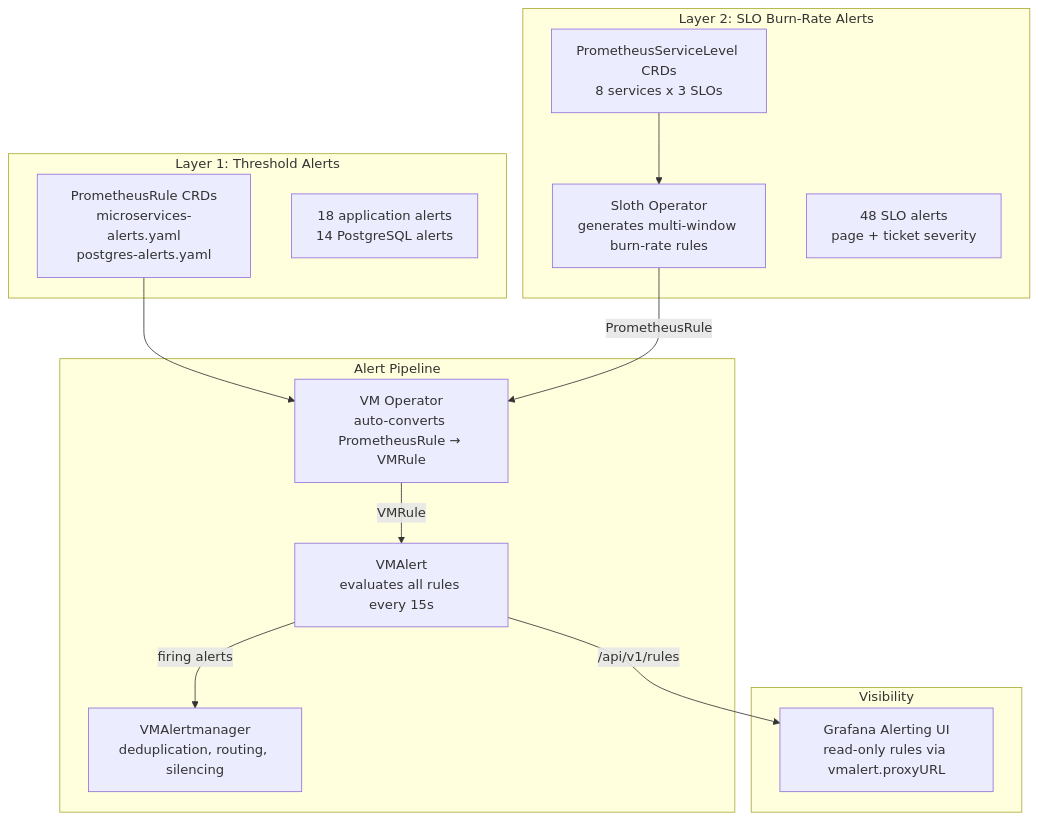
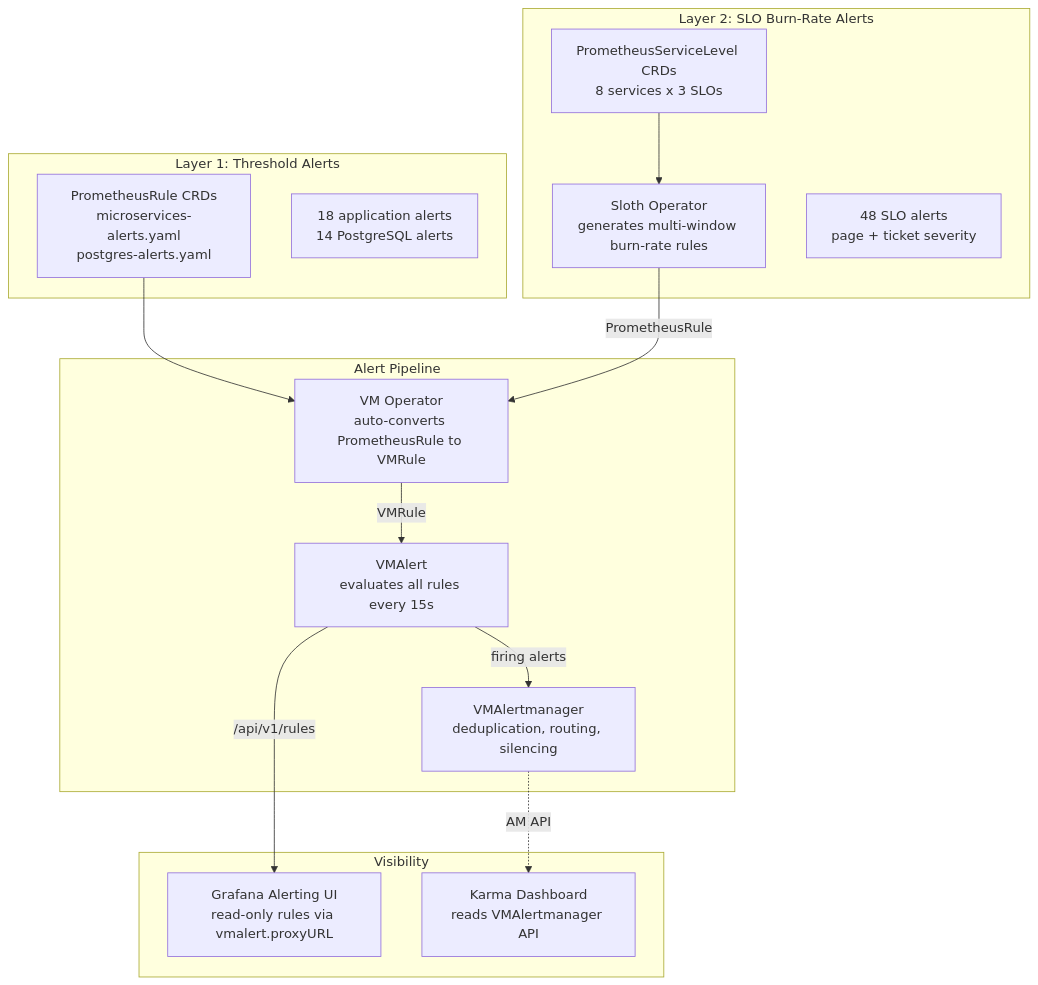
Before and after one commit to duynhlab/homelab: the second of 3 diagrams in docs/observability/alerting/README.md, drawn with Mermaid. The commit also changed other lines of this file and 12 other files, not shown here.

````diff
--- a/docs/observability/alerting/README.md
+++ b/docs/observability/alerting/README.md
@@ -7,30 +80,32 @@
 ```mermaid
 flowchart TD
-    subgraph layer1 [Layer 1: Threshold Alerts]
+    subgraph layer1 ["Layer 1: Threshold Alerts"]
         PR1["PrometheusRule CRDs<br/>microservices-alerts.yaml<br/>postgres-alerts.yaml"]
         T1["18 application alerts<br/>14 PostgreSQL alerts"]
     end
 
-    subgraph layer2 [Layer 2: SLO Burn-Rate Alerts]
+    subgraph layer2 ["Layer 2: SLO Burn-Rate Alerts"]
         PSL["PrometheusServiceLevel CRDs<br/>8 services x 3 SLOs"]
         Sloth["Sloth Operator<br/>generates multi-window burn-rate rules"]
         T2["48 SLO alerts<br/>page + ticket severity"]
     end
 
-    subgraph pipeline [Alert Pipeline]
-        VMOp["VM Operator<br/>auto-converts PrometheusRule → VMRule"]
+    subgraph pipeline ["Alert Pipeline"]
+        VMOp["VM Operator<br/>auto-converts PrometheusRule to VMRule"]
         VMAlert["VMAlert<br/>evaluates all rules every 15s"]
         VMAM["VMAlertmanager<br/>deduplication, routing, silencing"]
     end
 
     subgraph viz [Visibility]
         Grafana["Grafana Alerting UI<br/>read-only rules via vmalert.proxyURL"]
+        Karma["Karma Dashboard<br/>reads VMAlertmanager API"]
     end
 
     PR1 --> VMOp
     PSL --> Sloth
     Sloth -->|"PrometheusRule"| VMOp
     VMOp -->|"VMRule"| VMAlert
     VMAlert -->|"firing alerts"| VMAM
     VMAlert -->|"/api/v1/rules"| Grafana
+    VMAM -.->|"AM API"| Karma
 ```
````
